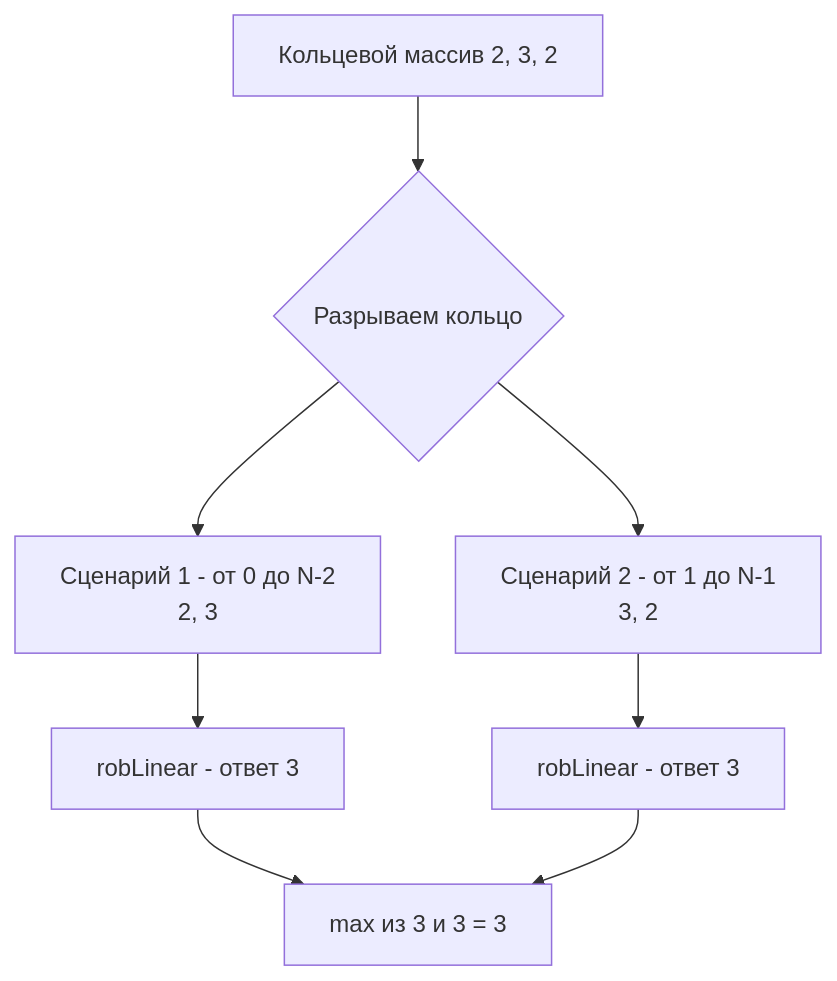
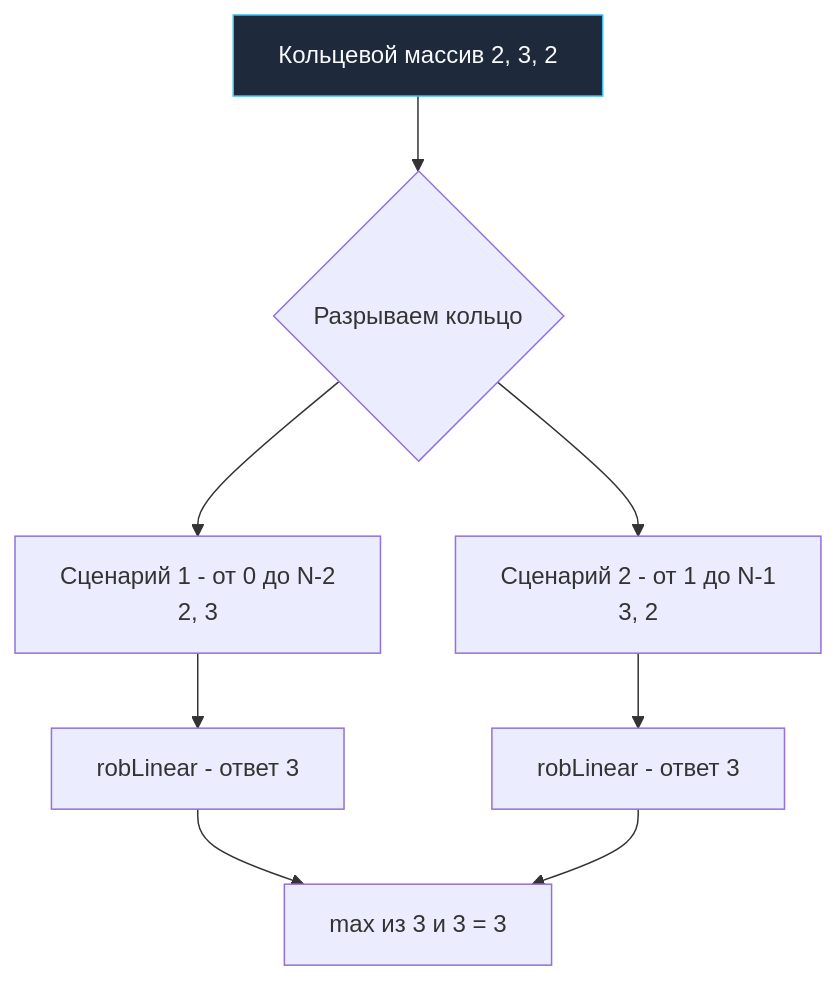
The diagram in sources/21. Задачи с LeetCode и собеседований на Go/02. Задачи/18. Динамическое программирование 1D/5. House Robber II.md (UnrealTemplier/go-textbook), drawn with Mermaid before and after one commit. The commit also changed 1666 other files, not shown here.

First line of the commit message:
feat(mermaid): add semantic color classDef to 1369 colorless flowchart/graph diagrams

````diff
--- a/sources/21. Задачи с LeetCode и собеседований на Go/02. Задачи/18. Динамическое программирование 1D/5. House Robber II.md
+++ b/sources/21. Задачи с LeetCode и собеседований на Go/02. Задачи/18. Динамическое программирование 1D/5. House Robber II.md
@@ -61,12 +61,22 @@
 ```mermaid
 flowchart TD
-    A["Кольцевой массив 2, 3, 2"] --> B{"Разрываем кольцо"}
+    classDef process  fill:#1e293b,stroke:#38bdf8,stroke-width:1px,color:#f8fafc
+    classDef success  fill:#064e3b,stroke:#34d399,stroke-width:1px,color:#f8fafc
+    classDef error    fill:#7f1d1d,stroke:#f87171,stroke-width:1px,color:#f8fafc
+    classDef warning  fill:#78350f,stroke:#fbbf24,stroke-width:1px,color:#f8fafc
+    classDef entry    fill:#1e3a5f,stroke:#38bdf8,stroke-width:2px,color:#f8fafc
+    classDef aux      fill:#334155,stroke:#64748b,stroke-width:1px,color:#f8fafc
+    classDef system   fill:#312e81,stroke:#a78bfa,stroke-width:1px,color:#f8fafc
+    classDef data     fill:#132d29,stroke:#2dd4bf,stroke-width:1px,color:#f8fafc
+    classDef network  fill:#881337,stroke:#fb7185,stroke-width:1px,color:#f8fafc
+    classDef accent   fill:#1e1b4b,stroke:#818cf8,stroke-width:1px,color:#f8fafc
+    A["Кольцевой массив 2, 3, 2"]:::process --> B{"Разрываем кольцо"}
     B --> C["Сценарий 1 - от 0 до N-2<br>2, 3"]
     B --> D["Сценарий 2 - от 1 до N-1<br>3, 2"]
     
     C --> E["robLinear - ответ 3"]
     D --> F["robLinear - ответ 3"]
     
     E --> G["max из 3 и 3 = 3"]
     F --> G
 ```
````
